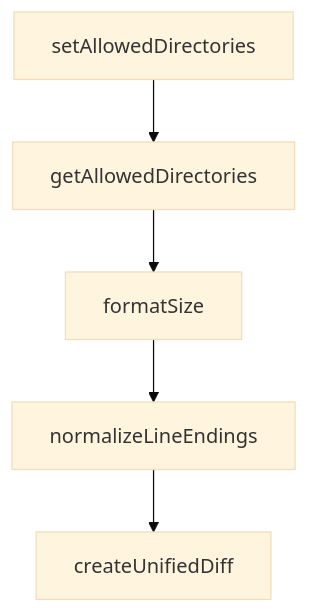
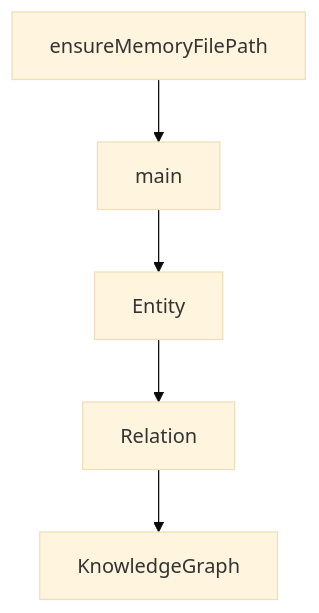
One commit to johnxie/awesome-code-docs changed the diagram in tutorials/mcp-servers-tutorial/04-memory-server.md. Above: the diagram before and after it, drawn with Mermaid (base theme). The commit also changed other lines of this file and 1232 other files, not shown here.

````diff
--- a/tutorials/mcp-servers-tutorial/04-memory-server.md
+++ b/tutorials/mcp-servers-tutorial/04-memory-server.md
@@ -288,12 +273,12 @@
 ```mermaid
 flowchart TD
-    A[setAllowedDirectories]
-    B[getAllowedDirectories]
-    C[formatSize]
-    D[normalizeLineEndings]
-    E[createUnifiedDiff]
+    A[ensureMemoryFilePath]
+    B[main]
+    C[Entity]
+    D[Relation]
+    E[KnowledgeGraph]
     A --> B
     B --> C
     C --> D
     D --> E
 ```
````
